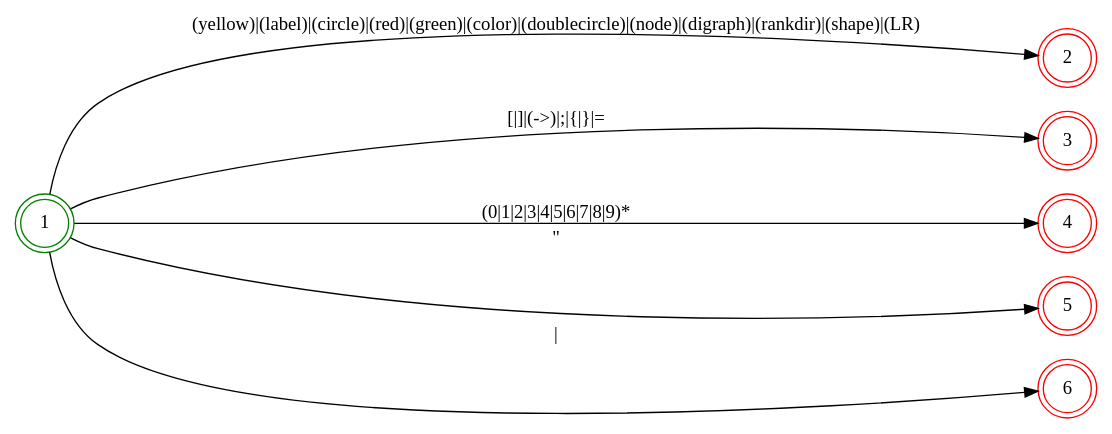
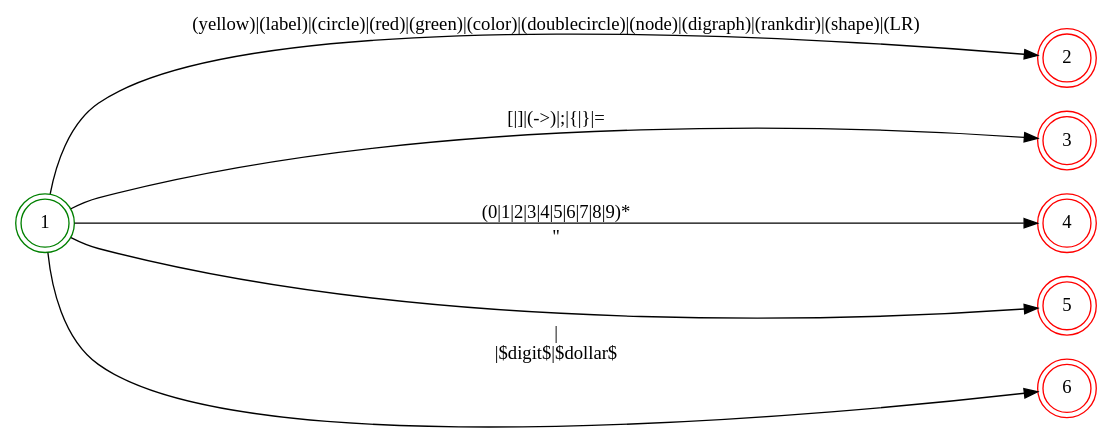
The diagram in scripts/lua/dot/NDF.dot (v012345/lua5.4.4), drawn with Graphviz before and after one commit. The commit also changed 1 other file, not shown here.

```diff
--- a/scripts/lua/dot/NDF.dot
+++ b/scripts/lua/dot/NDF.dot
@@ -1,16 +1,16 @@
 digraph NDF {
     rankdir = LR;
     node [shape = doublecircle;];
     1 [color = green;];
     2 [color = red;];
     3 [color = red;];
     4 [color = red;];
     5 [color = red;];
     6 [color = red;];
     node [shape = circle;];
     1 -> 2 [label = "(yellow)|(label)|(circle)|(red)|(green)|(color)|(doublecircle)|(node)|(digraph)|(rankdir)|(shape)|(LR)";];
     1 -> 3 [label = "[|]|(->)|;|{|}|=";];
     1 -> 4 [label = "(0|1|2|3|4|5|6|7|8|9)*";];
     1 -> 5 [label = "\"";];
-    1 -> 6 [label = " |\n";];
+    1 -> 6 [label = " |\n|$digit$|$dollar$";];
 }
```
